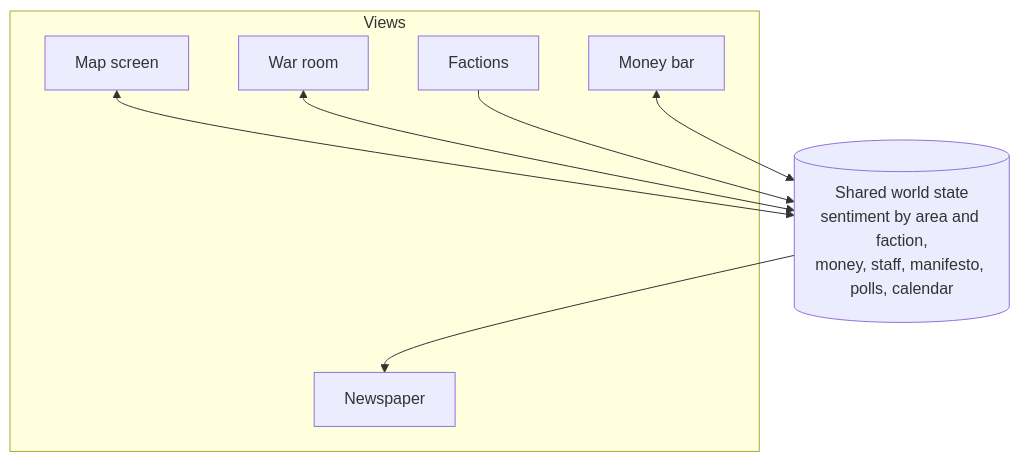
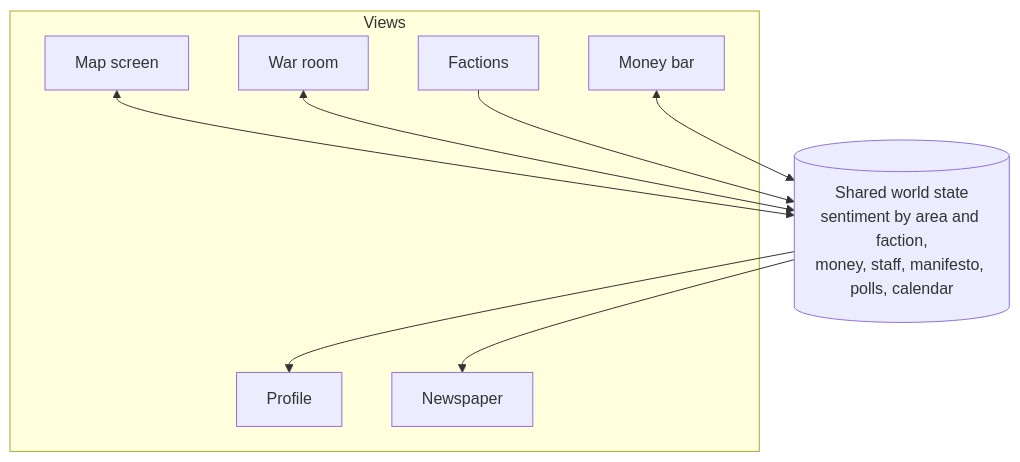
The second of 5 diagrams in README.md (Devaj6190/campaign_academy), drawn with Mermaid before and after one commit. The commit also changed other lines of this file, not shown here.

Commit message:
Make profile one of the four main views in README

````diff
--- a/README.md
+++ b/README.md
@@ -52,16 +52,18 @@
 ```mermaid
 flowchart TB
     subgraph Views
+        PRO[Profile]
         MAP[Map screen]
         WAR[War room]
         FAC[Factions]
         BAR[Money bar]
         NEWS[Newspaper]
     end
     WS[(Shared world state<br/>sentiment by area and faction,<br/>money, staff, manifesto, polls, calendar)]
+    WS --> PRO
     MAP <--> WS
     WAR <--> WS
     FAC --> WS
     BAR <--> WS
     WS --> NEWS
 ```
````
